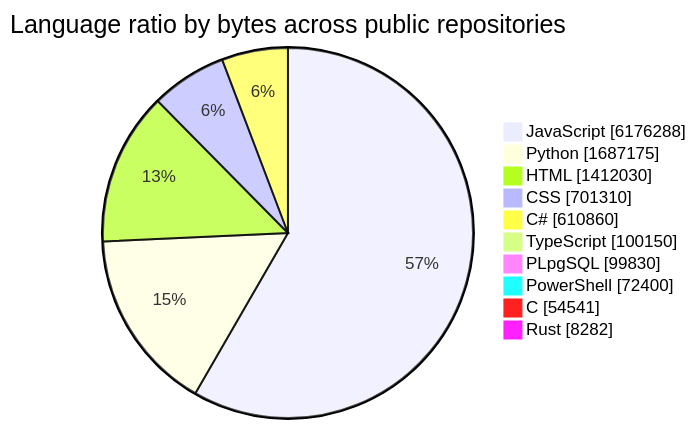
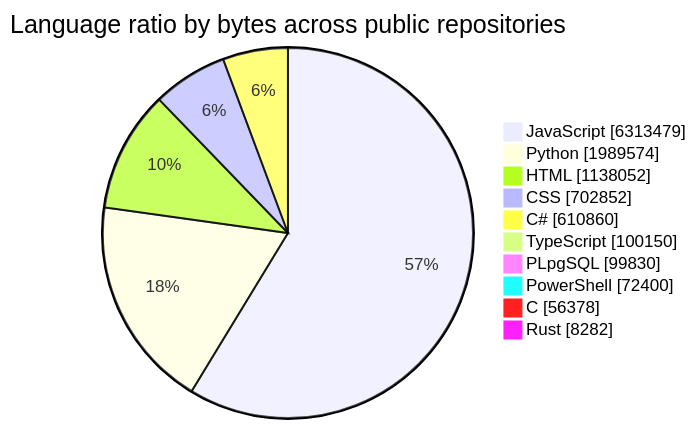
The first of 2 diagrams in README.md (tchinso/tchinso), drawn with Mermaid before and after one commit. The commit also changed other lines of this file, not shown here.

````diff
--- a/README.md
+++ b/README.md
@@ -27,14 +27,14 @@
 ```mermaid
 pie showData
     title Language ratio by bytes across public repositories
-    "JavaScript" : 6176288
-    "Python" : 1687175
-    "HTML" : 1412030
-    "CSS" : 701310
+    "JavaScript" : 6313479
+    "Python" : 1989574
+    "HTML" : 1138052
+    "CSS" : 702852
     "C#" : 610860
     "TypeScript" : 100150
     "PLpgSQL" : 99830
     "PowerShell" : 72400
-    "C" : 54541
+    "C" : 56378
     "Rust" : 8282
 ```
````
